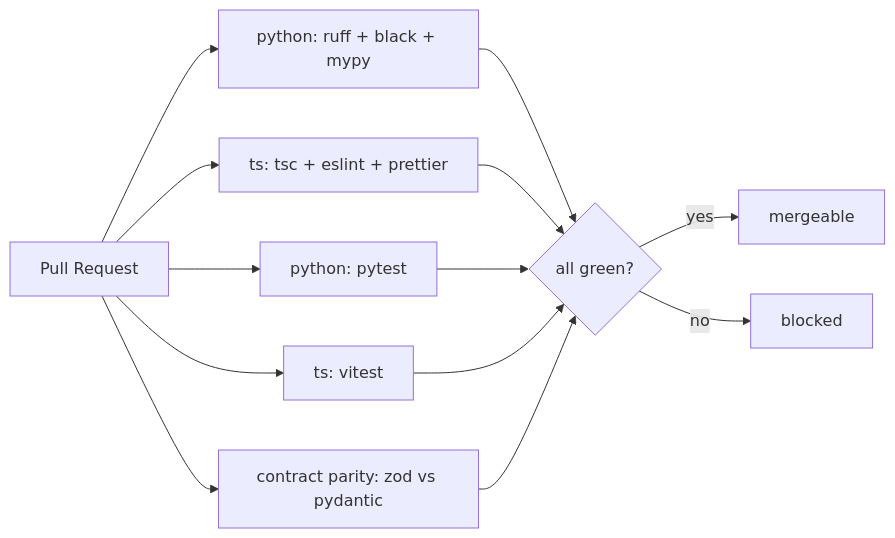
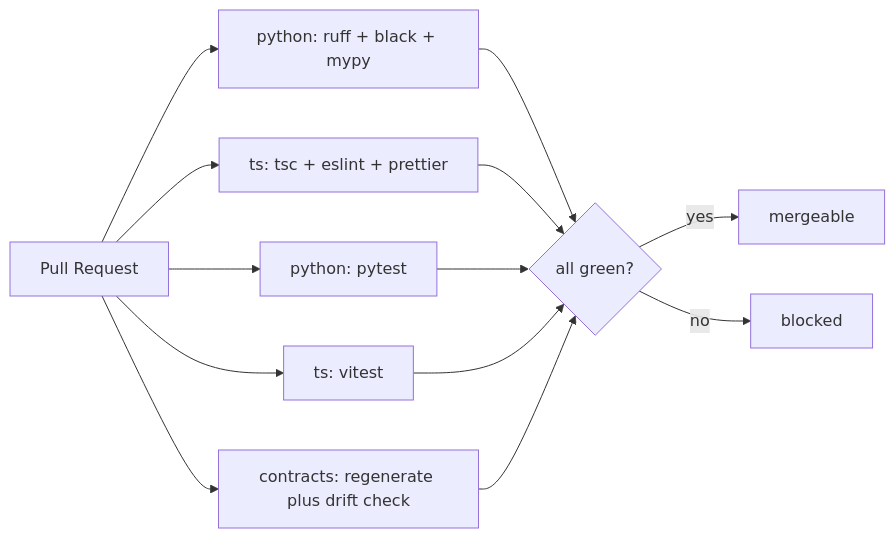
One commit to anujj-ti/aggregate-scores changed the diagram in docs/architecture/quality-and-ci.md. Above: the diagram before and after it, drawn with Mermaid. The commit also changed other lines of this file and 57 other files, not shown here.

````diff
--- a/docs/architecture/quality-and-ci.md
+++ b/docs/architecture/quality-and-ci.md
@@ -64,11 +65,11 @@
 ```mermaid
 flowchart LR
     PR[Pull Request] --> L1[python: ruff + black + mypy]
     PR --> L2[ts: tsc + eslint + prettier]
     PR --> T1[python: pytest]
     PR --> T2[ts: vitest]
-    PR --> C1[contract parity: zod vs pydantic]
+    PR --> C1[contracts: regenerate plus drift check]
     L1 & L2 & T1 & T2 & C1 --> G{all green?}
     G -->|yes| OK[mergeable]
     G -->|no| X[blocked]
 ```
````
